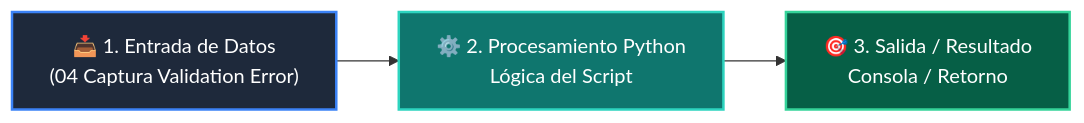
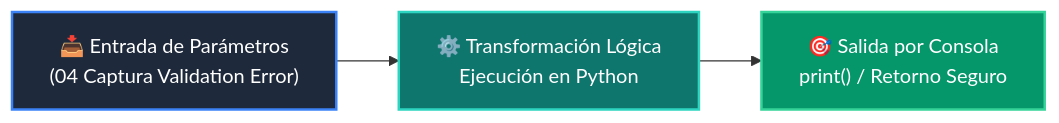
One commit to wisrovi/wisrovi-python changed the diagram in 03-agentes-ia/clase-03-salidas-estructuradas-pydantic/ejemplos/ejemplo_04_captura_validation_error/README.md. Above: the diagram before and after it, drawn with Mermaid. The commit also changed other lines of this file and 226 other files, not shown here.

Commit message:
docs: elevate all repository READMEs to world-class mastery standard with rich pedagogical architecture, custom Mermaids, and professional styling

````diff
--- a/03-agentes-ia/clase-03-salidas-estructuradas-pydantic/ejemplos/ejemplo_04_captura_validation_error/README.md
+++ b/03-agentes-ia/clase-03-salidas-estructuradas-pydantic/ejemplos/ejemplo_04_captura_validation_error/README.md
@@ -12,9 +19,9 @@
 ```mermaid
 flowchart LR
-    A["📥 1. Entrada de Datos<br/>(04 Captura Validation Error)"] --> B["⚙️ 2. Procesamiento Python<br/>Lógica del Script"]
-    B --> C["🎯 3. Salida / Resultado<br/>Consola / Retorno"]
+    A["📥 Entrada de Parámetros<br/>(04 Captura Validation Error)"] --> B["⚙️ Transformación Lógica<br/>Ejecución en Python"]
+    B --> C["🎯 Salida por Consola<br/>print() / Retorno Seguro"]
 
-    style A fill:#1e293b,color:#fff,stroke:#3b82f6,stroke-width:2px
-    style B fill:#0f766e,color:#fff,stroke:#2dd4bf,stroke-width:2px
-    style C fill:#065f46,color:#fff,stroke:#34d399,stroke-width:2px
+    style A fill:#1e293b,color:#ffffff,stroke:#3b82f6,stroke-width:2px
+    style B fill:#0f766e,color:#ffffff,stroke:#2dd4bf,stroke-width:2px
+    style C fill:#059669,color:#ffffff,stroke:#34d399,stroke-width:2px
 ```
````
